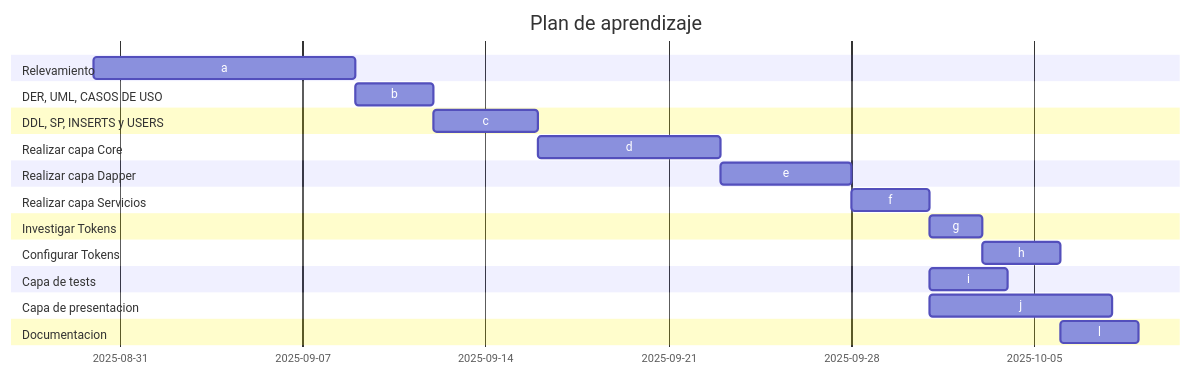
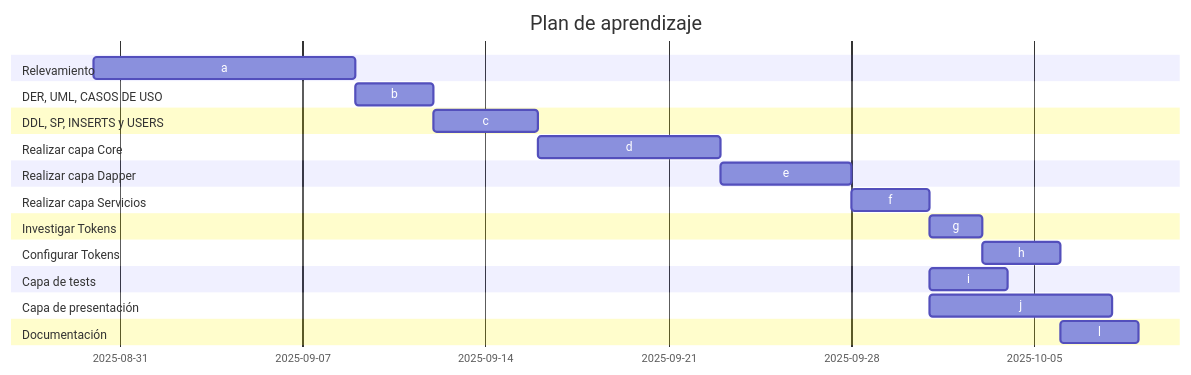
Before and after one commit to MonkiCapo/AplicacionQR: the diagram in Proyecto/Doc/ListaTareaGantt.md, drawn with Mermaid.

Commit message:
Arreglando GANTT X2

````diff
--- a/Proyecto/Doc/ListaTareaGantt.md
+++ b/Proyecto/Doc/ListaTareaGantt.md
@@ -19,42 +19,43 @@
 ```mermaid
 
 gantt
     title Plan de aprendizaje
     dateFormat  YYYY-MM-DD
 
     section Relevamiento
     a : a, 2025-08-30, 10d
 
     section DER, UML, CASOS DE USO
-    b : after a, 3d
+    b : b, after a, 3d
 
     section DDL, SP, INSERTS y USERS
     c : c, after b, 4d
 
     section Realizar capa Core
     d : d, after c, 7d
 
     section Realizar capa Dapper
     e : e, after d, 5d
 
     section Realizar capa Servicios
     f : f, after e, 3d
 
     section Investigar Tokens
     g : g, after f, 2d
 
     section Configurar Tokens
     h : h, after g, 3d
     
     section Capa de tests
     i: i, after f, 3d
 
-    section Capa de presentacion
+    section Capa de presentación
     j : j, after f, 7d
 
-    section Documentacion
+    section Documentación
     l : l, after h, 3d
 
 
 
+
 ```
````
